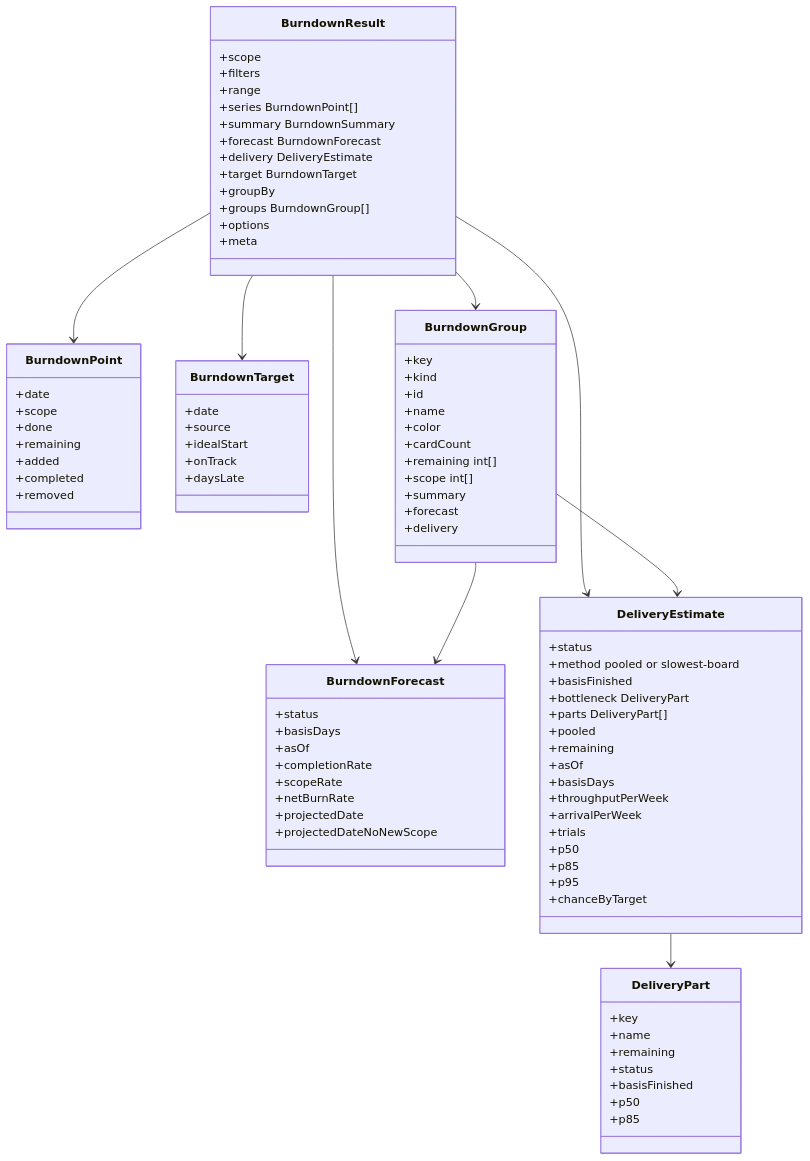
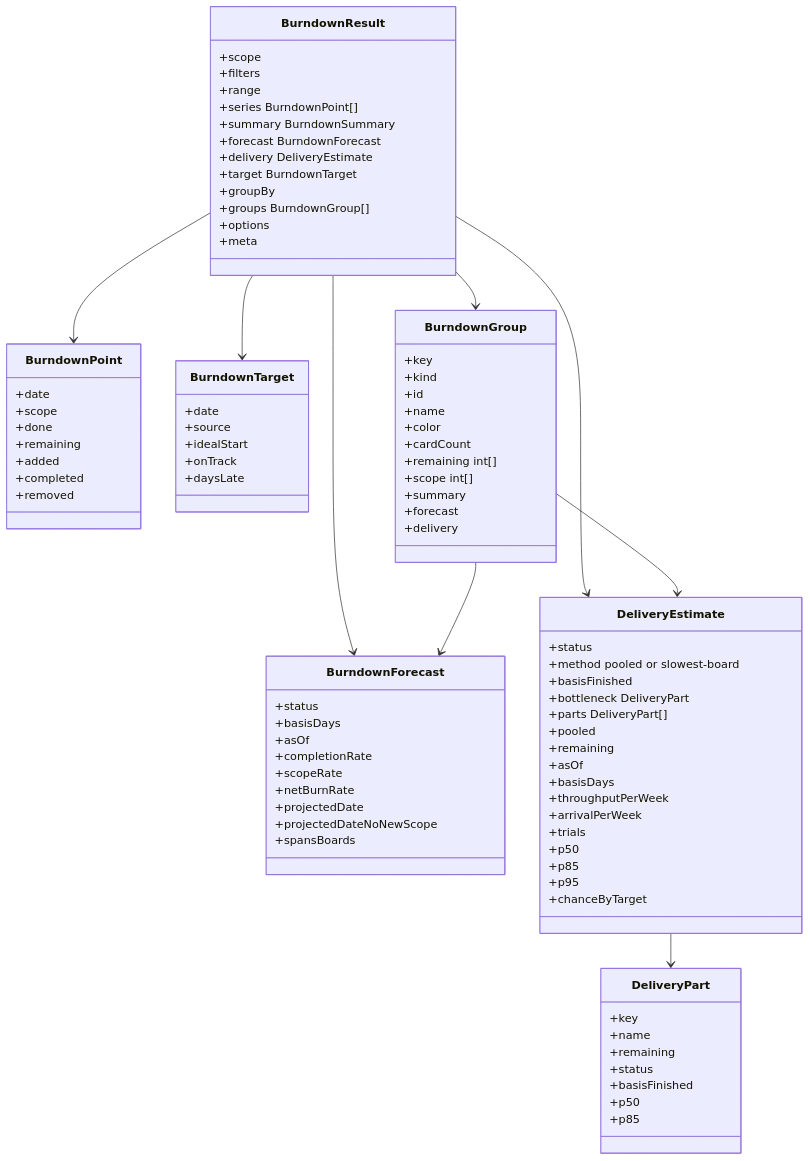
Before and after one commit to gitBoon/DumpFire: the eighth of 8 diagrams in docs/burndown-charts.md, drawn with Mermaid. The commit also changed other lines of this file and 12 other files, not shown here.

```diff
--- a/docs/burndown-charts.md
+++ b/docs/burndown-charts.md
@@ -472,6 +546,7 @@
         +netBurnRate
         +projectedDate
         +projectedDateNoNewScope
+        +spansBoards
     }
     class DeliveryEstimate {
         +status
```
